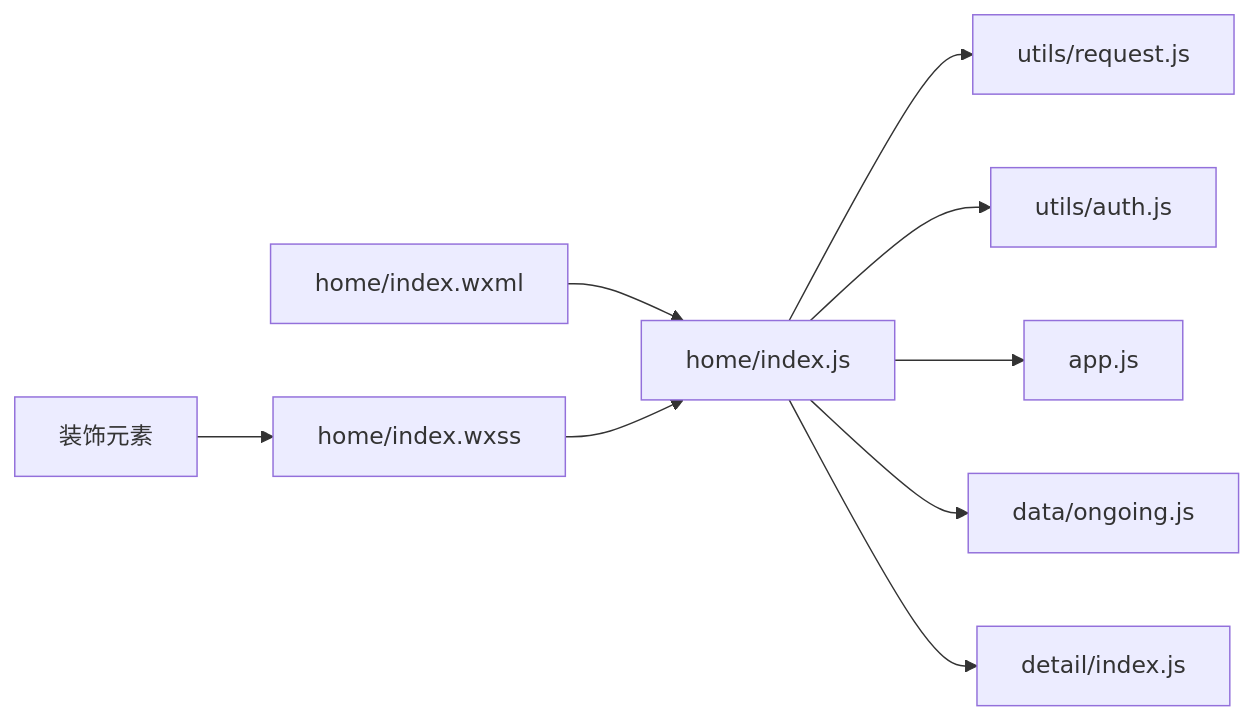
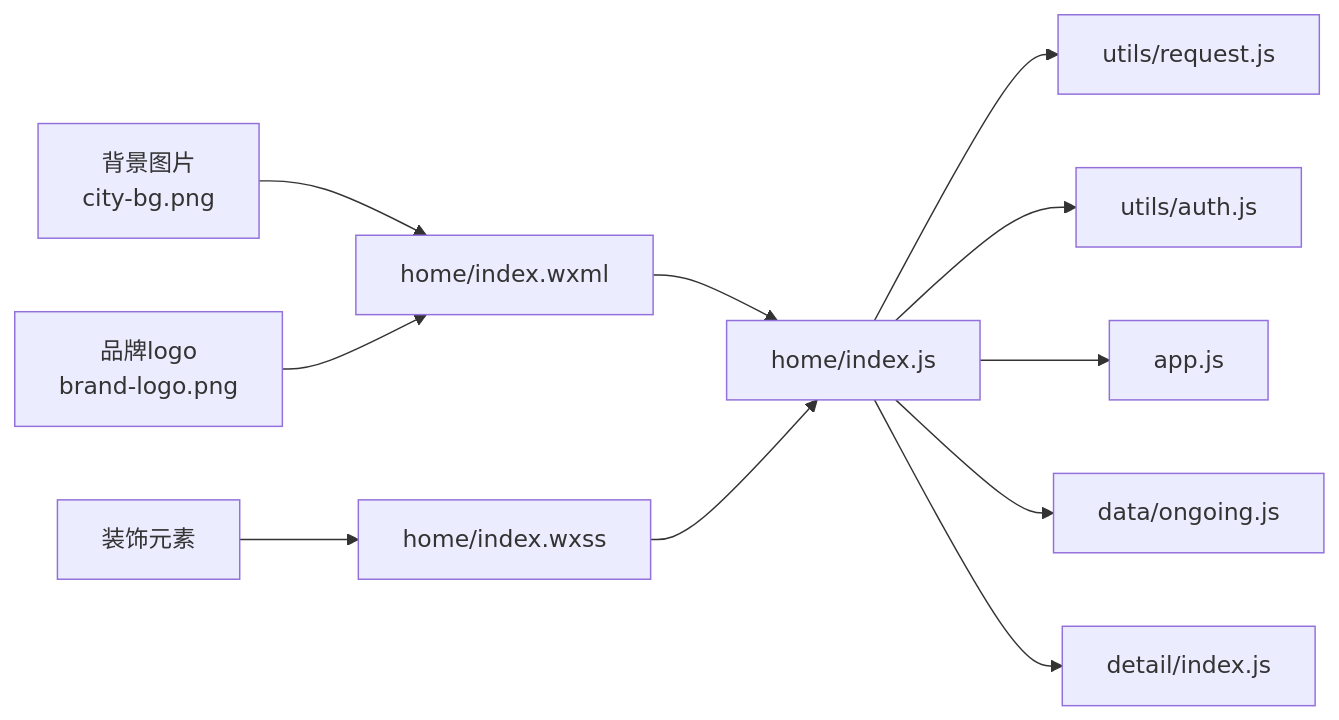
Before and after one commit to cwxiao/zugeju: diagram 11 of 11 in .qoder/repowiki/zh/content/前端开发/页面组件开发/首页开发.md, drawn with Mermaid. The commit also changed other lines of this file and 47 other files, not shown here.

````diff
--- a/.qoder/repowiki/zh/content/前端开发/页面组件开发/首页开发.md
+++ b/.qoder/repowiki/zh/content/前端开发/页面组件开发/首页开发.md
@@ -406,11 +486,13 @@
 ```mermaid
 graph LR
 H["home/index.js"] --> Q["utils/request.js"]
 H --> AU["utils/auth.js"]
 H --> AP["app.js"]
 H --> D["data/ongoing.js"]
 H --> DETAIL["detail/index.js"]
 V["home/index.wxml"] --> H
 S["home/index.wxss"] --> H
+BG["背景图片<br/>city-bg.png"] --> V
+LOGO["品牌logo<br/>brand-logo.png"] --> V
 DECOR["装饰元素"] --> S
 ```
````
